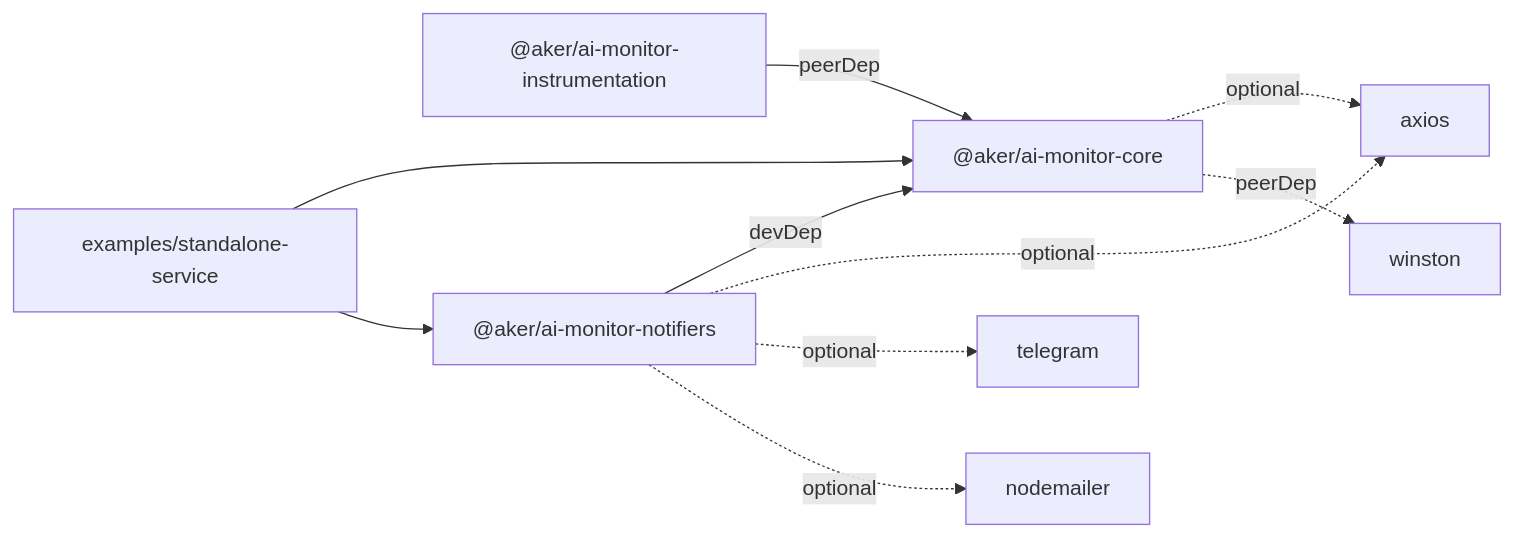
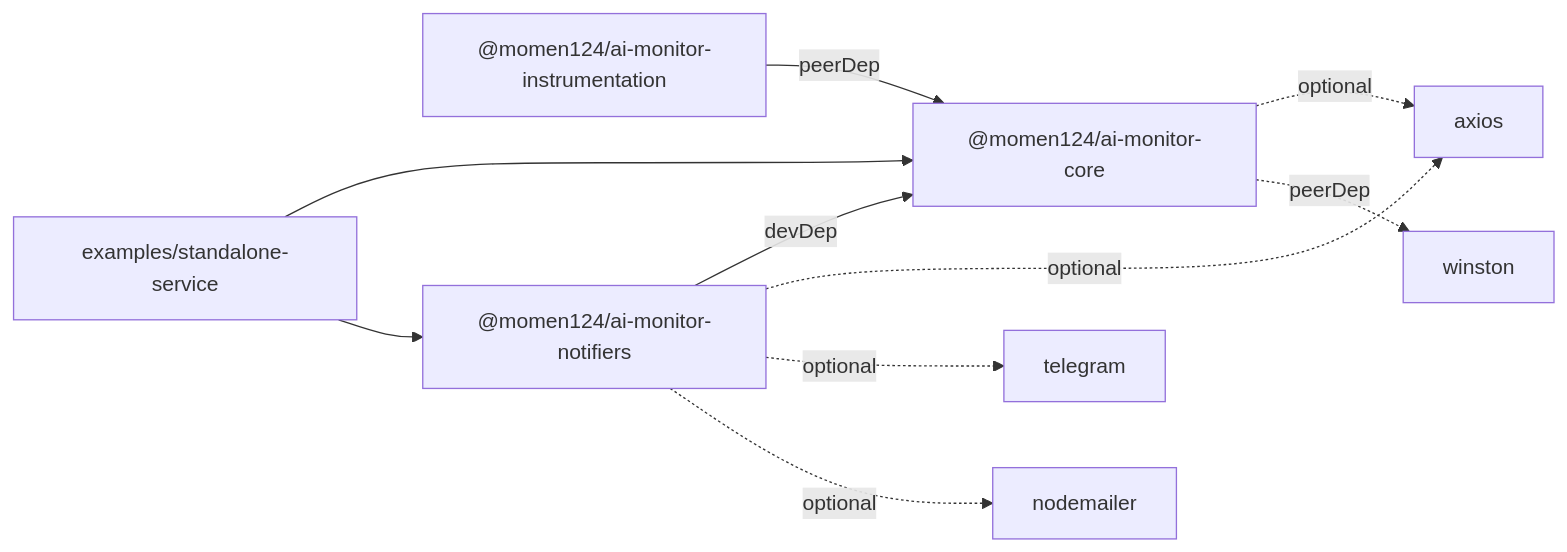
Before and after one commit to egysaas25-hub/ai-monitor-sdk: the second of 4 diagrams in docs/01-architecture.md, drawn with Mermaid. The commit also changed other lines of this file and 63 other files, not shown here.

````diff
--- a/docs/01-architecture.md
+++ b/docs/01-architecture.md
@@ -54,13 +54,13 @@
 ```mermaid
 graph LR
-    INST["@aker/ai-monitor-instrumentation"] -->|peerDep| CORE["@aker/ai-monitor-core"]
-    NOTIF["@aker/ai-monitor-notifiers"] -->|devDep| CORE
+    INST["@momen124/ai-monitor-instrumentation"] -->|peerDep| CORE["@momen124/ai-monitor-core"]
+    NOTIF["@momen124/ai-monitor-notifiers"] -->|devDep| CORE
     EXAMPLE["examples/standalone-service"] --> CORE
     EXAMPLE --> NOTIF
 
     CORE -.->|optional| AXIOS["axios"]
     NOTIF -.->|optional| AXIOS
     NOTIF -.->|optional| TELEGRAM["telegram"]
     NOTIF -.->|optional| NODEMAILER["nodemailer"]
     CORE -.->|peerDep| WINSTON["winston"]
 ```
````
